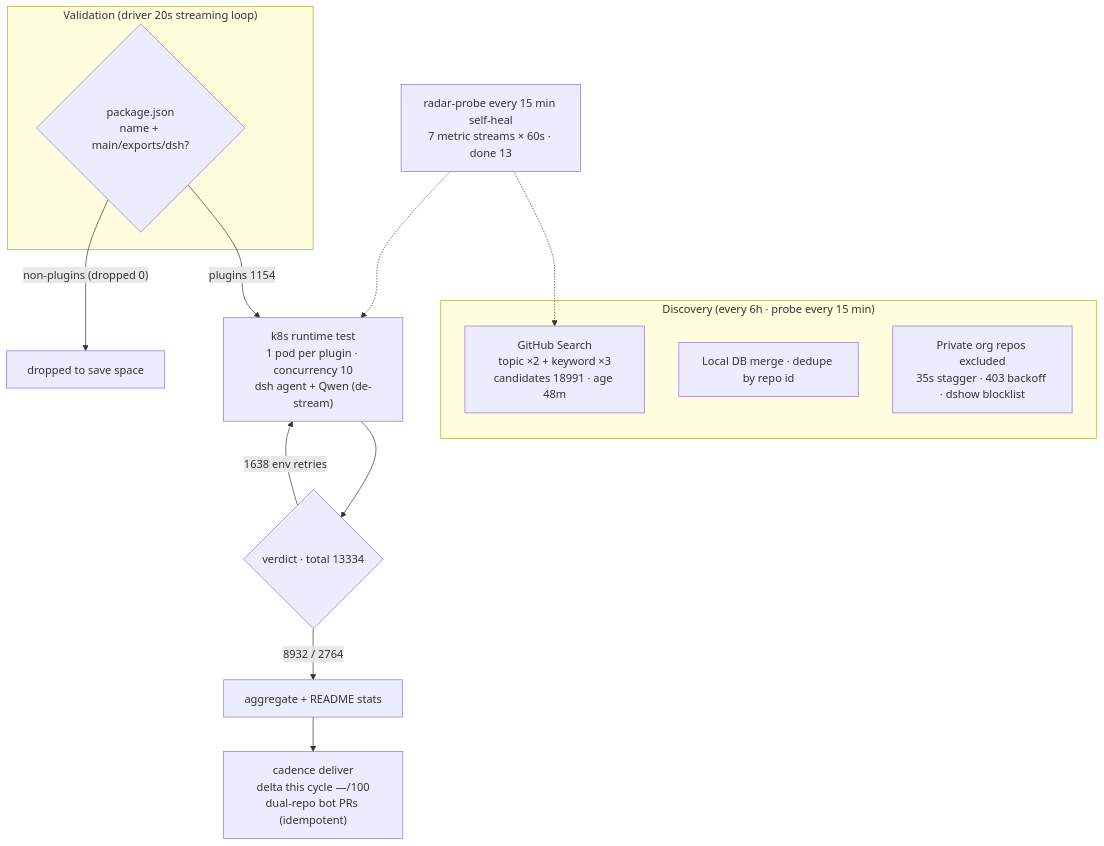
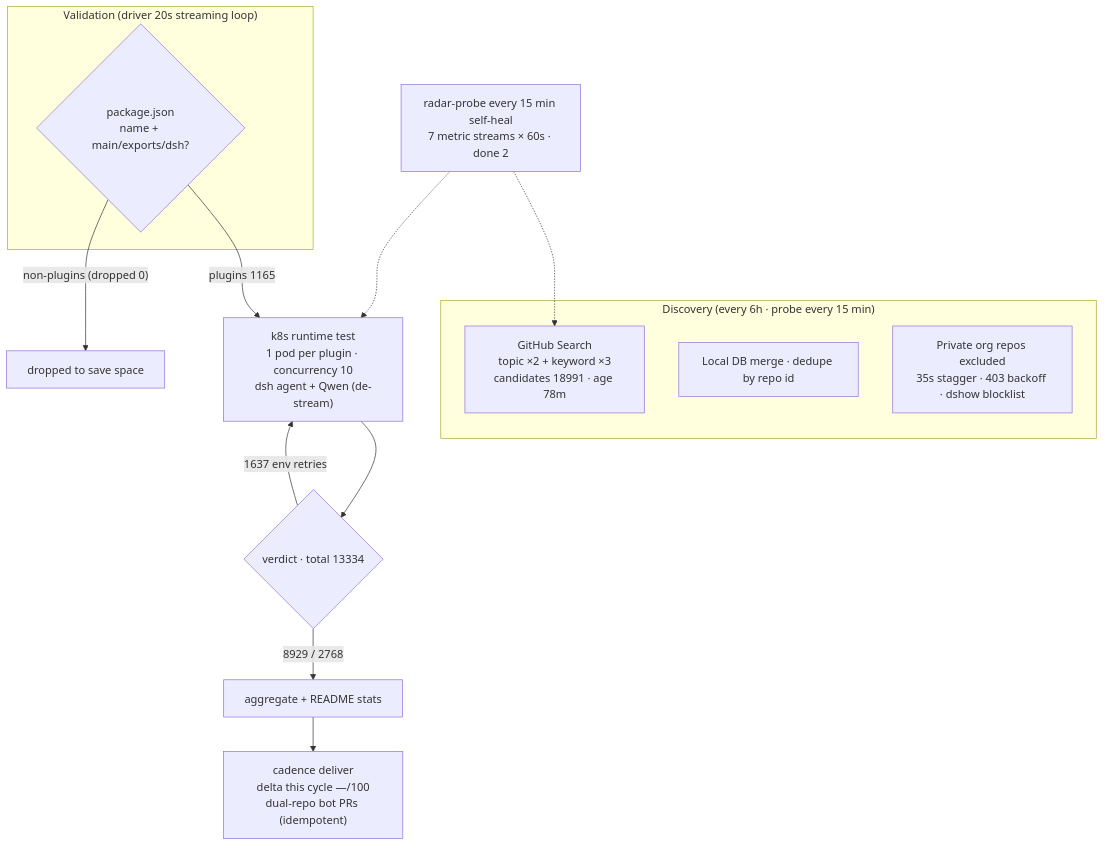
The diagram in README.en-US.md (AdamPlatin123/dsh-plugin-radar), drawn with Mermaid before and after one commit. The commit also changed other lines of this file and 11 other files, not shown here.

````diff
--- a/README.en-US.md
+++ b/README.en-US.md
@@ -45,20 +45,20 @@
 ```mermaid
 flowchart TB
     subgraph Discovery["Discovery (every 6h · probe every 15 min)"]
-        A1["GitHub Search<br/>topic ×2 + keyword ×3<br/>candidates 18991 · age 48m"]
+        A1["GitHub Search<br/>topic ×2 + keyword ×3<br/>candidates 18991 · age 78m"]
         A2["Local DB merge · dedupe by repo id"]
         A3["Private org repos excluded<br/>35s stagger · 403 backoff · dshow blocklist"]
     end
     subgraph Validation["Validation (driver 20s streaming loop)"]
         B1{"package.json<br/>name + main/exports/dsh?"}
     end
-    B1 -->|"plugins 1154"| C1["k8s runtime test<br/>1 pod per plugin · concurrency 10<br/>dsh agent + Qwen (de-stream)"]
+    B1 -->|"plugins 1165"| C1["k8s runtime test<br/>1 pod per plugin · concurrency 10<br/>dsh agent + Qwen (de-stream)"]
     B1 -->|"non-plugins (dropped 0)"| B3["dropped to save space"]
     C1 --> D1{"verdict · total 13334"}
-    D1 -->|"8932 / 2764"| E1["aggregate + README stats"]
-    D1 -->|"1638 env retries"| C1
+    D1 -->|"8929 / 2768"| E1["aggregate + README stats"]
+    D1 -->|"1637 env retries"| C1
     E1 --> E2["cadence deliver<br/>delta this cycle —/100<br/>dual-repo bot PRs (idempotent)"]
-    M["radar-probe every 15 min self-heal<br/>7 metric streams × 60s · done 13"]
+    M["radar-probe every 15 min self-heal<br/>7 metric streams × 60s · done 2"]
     M -.-> A1
     M -.-> C1
 ```
````
